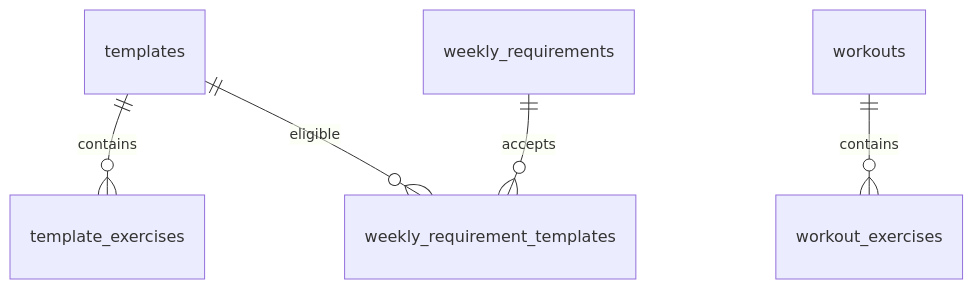
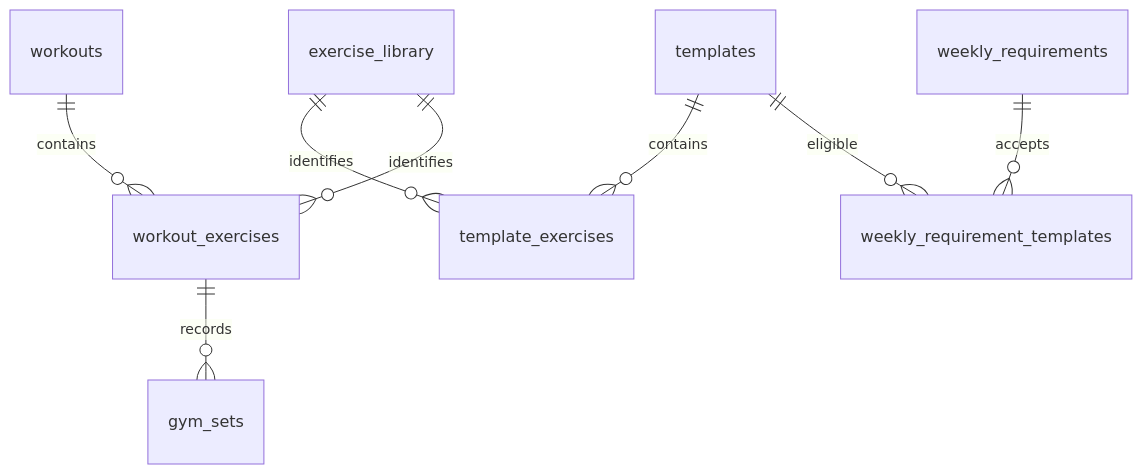
The diagram in docs/database.md (cesarombredane/the_forge), drawn with Mermaid before and after one commit. The commit also changed other lines of this file and 17 other files, not shown here.

````diff
--- a/docs/database.md
+++ b/docs/database.md
@@ -43,7 +45,10 @@
 ```mermaid
 erDiagram
     templates ||--o{ template_exercises : contains
     workouts ||--o{ workout_exercises : contains
+    exercise_library ||--o{ template_exercises : identifies
+    exercise_library ||--o{ workout_exercises : identifies
+    workout_exercises ||--o{ gym_sets : records
     weekly_requirements ||--o{ weekly_requirement_templates : accepts
     templates ||--o{ weekly_requirement_templates : eligible
 ```
````
